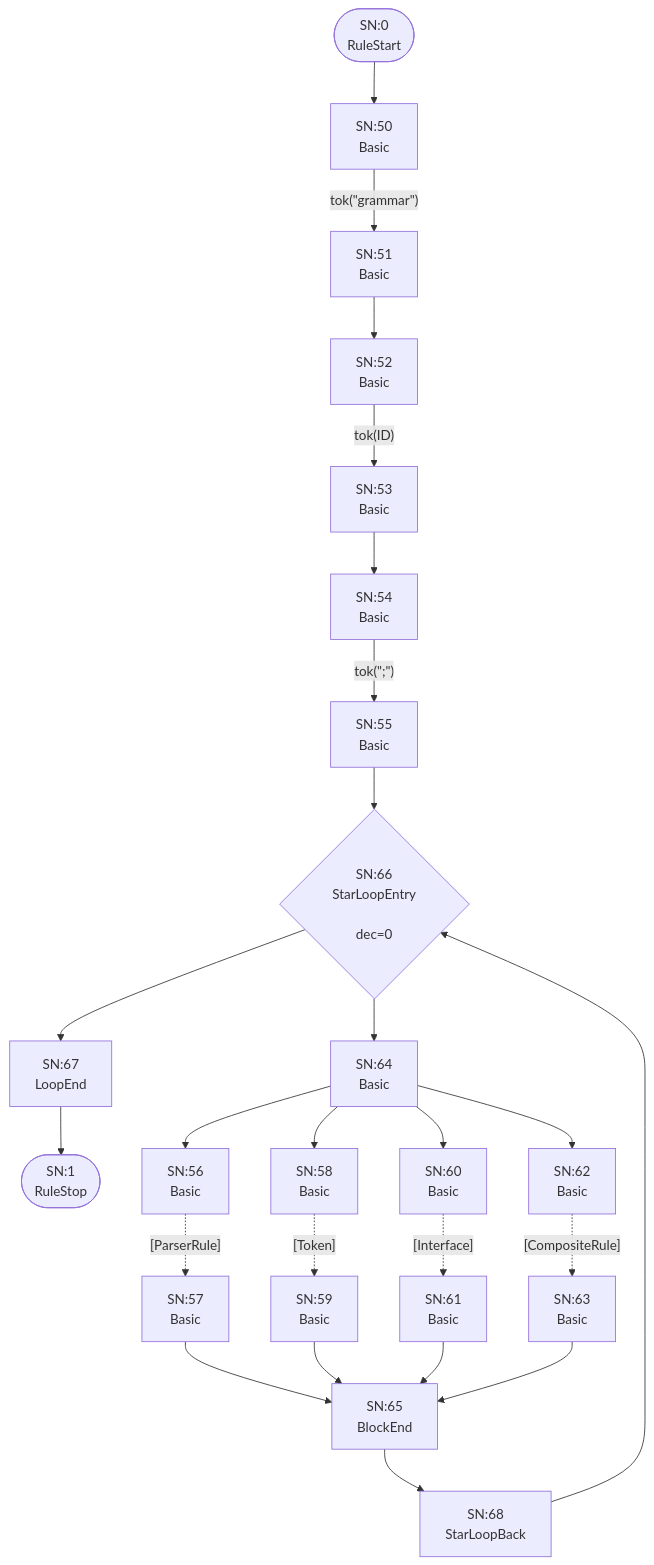
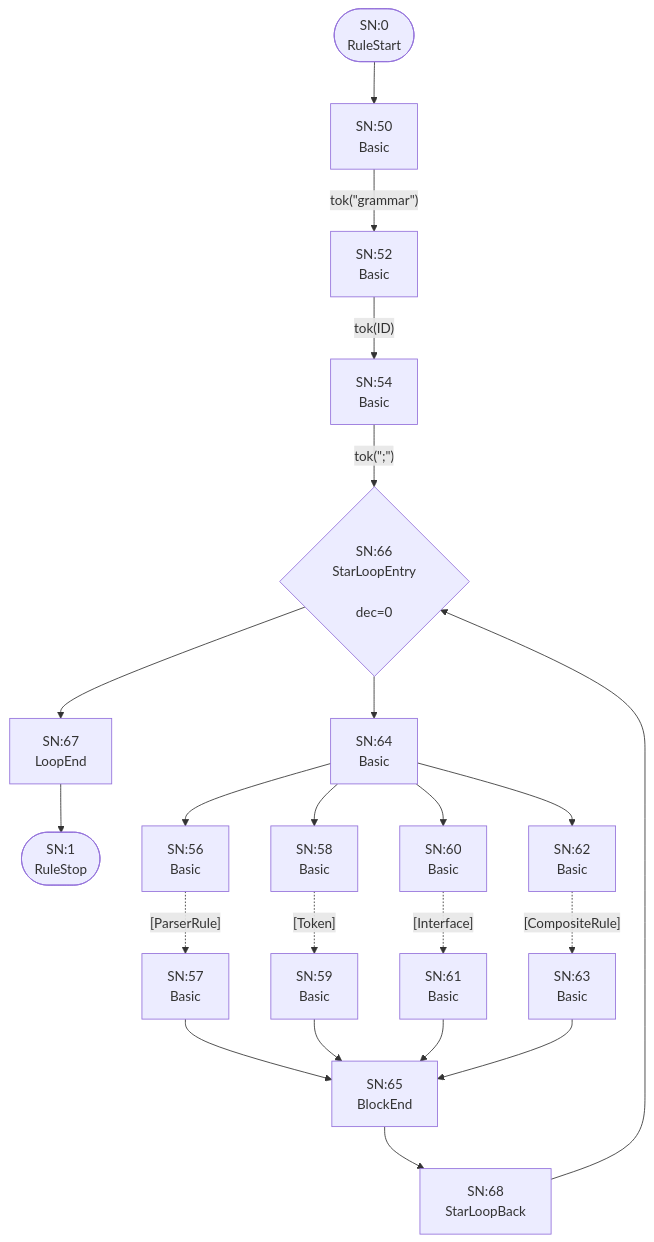
Before and after one commit to TypeFox/fastbelt: the first of 25 diagrams in internal/grammar/atn.md, drawn with Mermaid. The commit also changed other lines of this file and 4 other files, not shown here.

````diff
--- a/internal/grammar/atn.md
+++ b/internal/grammar/atn.md
@@ -5,49 +5,43 @@
 ```mermaid
 flowchart TD
     q0(["SN:0<br/>RuleStart"])
     q1(["SN:1<br/>RuleStop"])
     q50["SN:50<br/>Basic<br/>"]
-    q51["SN:51<br/>Basic<br/>"]
-    q52["SN:52<br/>Basic<br/>"]
-    q53["SN:53<br/>Basic<br/>"]
-    q54["SN:54<br/>Basic<br/>"]
-    q55["SN:55<br/>Basic<br/>"]
-    q56["SN:56<br/>Basic<br/>"]
-    q57["SN:57<br/>Basic<br/>"]
-    q58["SN:58<br/>Basic<br/>"]
-    q59["SN:59<br/>Basic<br/>"]
-    q60["SN:60<br/>Basic<br/>"]
-    q61["SN:61<br/>Basic<br/>"]
-    q62["SN:62<br/>Basic<br/>"]
-    q63["SN:63<br/>Basic<br/>"]
-    q64["SN:64<br/>Basic<br/>"]
-    q65["SN:65<br/>BlockEnd<br/>"]
-    q66{"SN:66<br/>StarLoopEntry<br/><br/>dec=0"}
-    q67["SN:67<br/>LoopEnd<br/>"]
-    q68["SN:68<br/>StarLoopBack<br/>"]
+    q51["SN:52<br/>Basic<br/>"]
+    q52["SN:54<br/>Basic<br/>"]
+    q53["SN:56<br/>Basic<br/>"]
+    q54["SN:57<br/>Basic<br/>"]
+    q55["SN:58<br/>Basic<br/>"]
+    q56["SN:59<br/>Basic<br/>"]
+    q57["SN:60<br/>Basic<br/>"]
+    q58["SN:61<br/>Basic<br/>"]
+    q59["SN:62<br/>Basic<br/>"]
+    q60["SN:63<br/>Basic<br/>"]
+    q61["SN:64<br/>Basic<br/>"]
+    q62["SN:65<br/>BlockEnd<br/>"]
+    q63{"SN:66<br/>StarLoopEntry<br/><br/>dec=0"}
+    q64["SN:67<br/>LoopEnd<br/>"]
+    q65["SN:68<br/>StarLoopBack<br/>"]
 
     q0 --> q50
     q50 -->|"tok(&quot;grammar&quot;)"| q51
-    q51 --> q52
-    q52 -->|"tok(ID)"| q53
-    q53 --> q54
-    q54 -->|"tok(&quot;;&quot;)"| q55
-    q55 --> q66
-    q56 -.->|"[ParserRule]"| q57
-    q57 --> q65
-    q58 -.->|"[Token]"| q59
-    q59 --> q65
-    q60 -.->|"[Interface]"| q61
-    q61 --> q65
-    q62 -.->|"[CompositeRule]"| q63
-    q63 --> q65
-    q64 --> q56
-    q64 --> q58
-    q64 --> q60
-    q64 --> q62
-    q65 --> q68
-    q66 --> q64
-    q66 --> q67
-    q67 --> q1
-    q68 --> q66
+    q51 -->|"tok(ID)"| q52
+    q52 -->|"tok(&quot;;&quot;)"| q63
+    q53 -.->|"[ParserRule]"| q54
+    q54 --> q62
+    q55 -.->|"[Token]"| q56
+    q56 --> q62
+    q57 -.->|"[Interface]"| q58
+    q58 --> q62
+    q59 -.->|"[CompositeRule]"| q60
+    q60 --> q62
+    q61 --> q53
+    q61 --> q55
+    q61 --> q57
+    q61 --> q59
+    q62 --> q65
+    q63 --> q61
+    q63 --> q64
+    q64 --> q1
+    q65 --> q63
 ```
````
